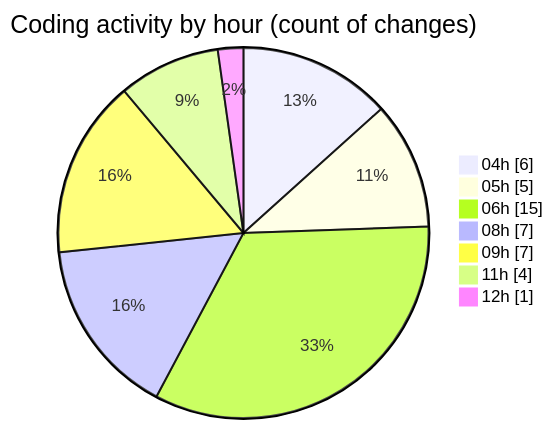
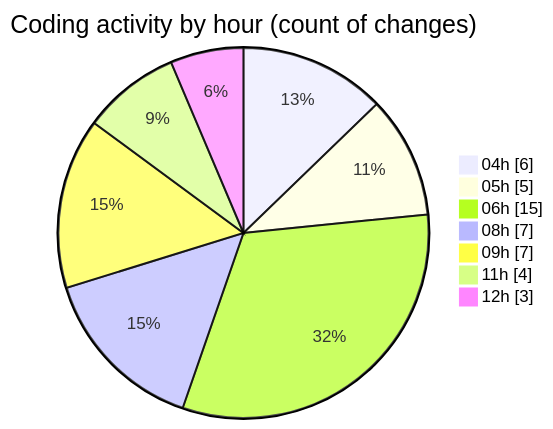
One commit to vahidmafi/code-tracking changed the second of 2 diagrams in 2025-03-23/zeytoon/README.md. Above: the diagram before and after it, drawn with Mermaid. The commit also changed other lines of this file and 1 other file, not shown here.

````diff
--- a/2025-03-23/zeytoon/README.md
+++ b/2025-03-23/zeytoon/README.md
@@ -39,11 +39,11 @@
 ```mermaid
 pie showData
 title Coding activity by hour (count of changes)
 "04h" : 6
 "05h" : 5
 "06h" : 15
 "08h" : 7
 "09h" : 7
 "11h" : 4
-"12h" : 1
+"12h" : 3
 ```
````
